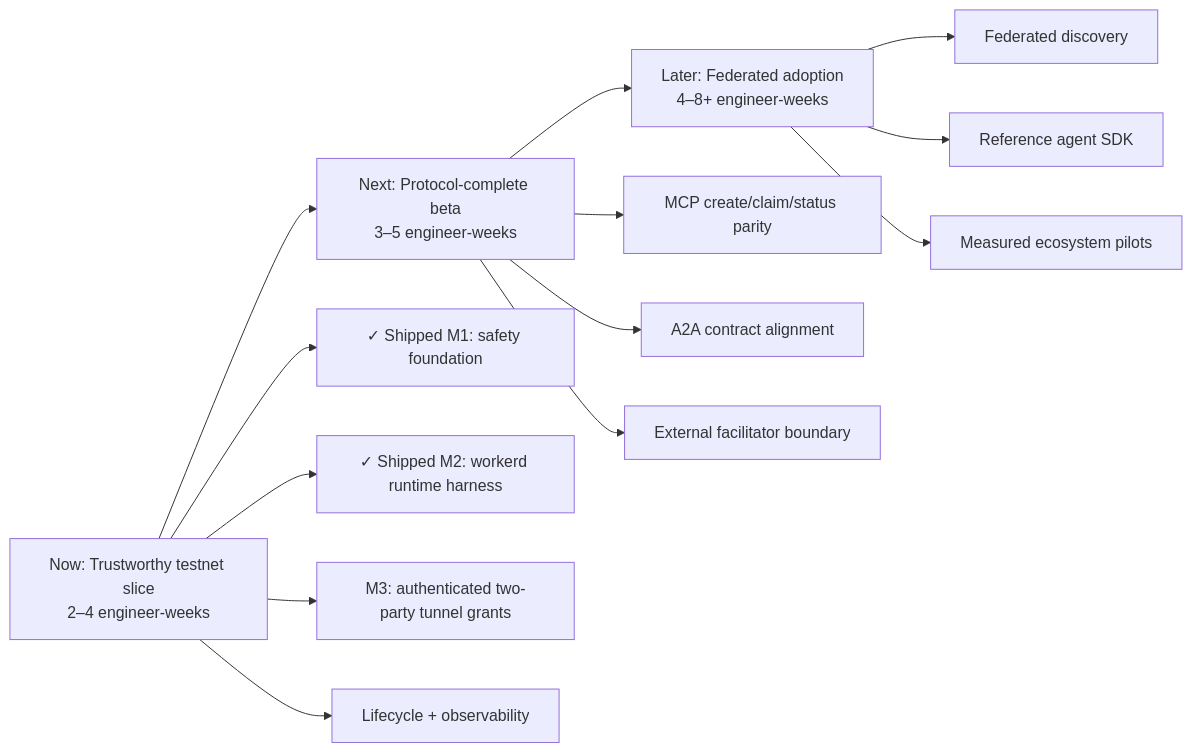
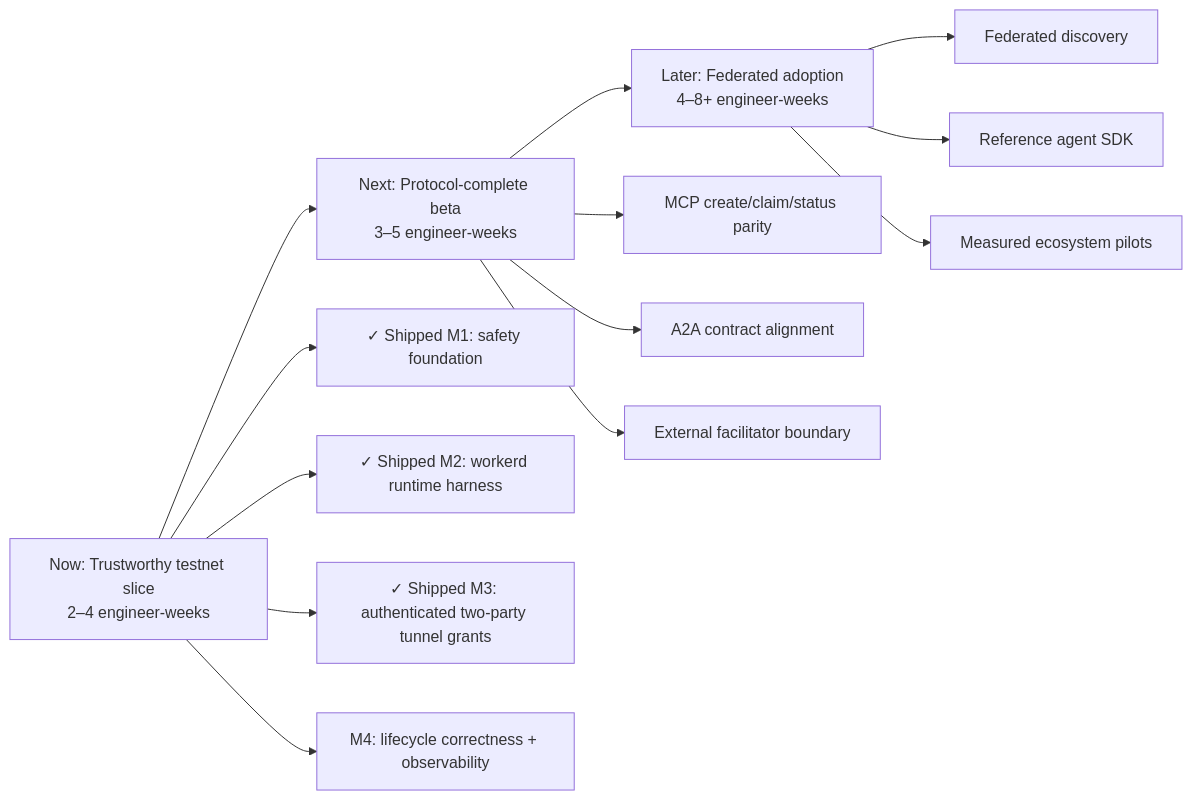
Before and after one commit to mystic-io/automata.board: the diagram in ROADMAP.md, drawn with Mermaid. The commit also changed other lines of this file and 8 other files, not shown here.

Commit message:
docs: record authenticated tunnel milestone

````diff
--- a/ROADMAP.md
+++ b/ROADMAP.md
@@ -14,18 +14,18 @@
 ```mermaid
 flowchart LR
   A["Now: Trustworthy testnet slice\n2–4 engineer-weeks"] --> B["Next: Protocol-complete beta\n3–5 engineer-weeks"]
   B --> C["Later: Federated adoption\n4–8+ engineer-weeks"]
 
   A --> A1["✓ Shipped M1: safety foundation"]
   A --> A2["✓ Shipped M2: workerd runtime harness"]
-  A --> A3["M3: authenticated two-party tunnel grants"]
-  A --> A4["Lifecycle + observability"]
+  A --> A3["✓ Shipped M3: authenticated two-party tunnel grants"]
+  A --> A4["M4: lifecycle correctness + observability"]
 
   B --> B1["MCP create/claim/status parity"]
   B --> B2["A2A contract alignment"]
   B --> B3["External facilitator boundary"]
 
   C --> C1["Federated discovery"]
   C --> C2["Reference agent SDK"]
   C --> C3["Measured ecosystem pilots"]
 ```
````
